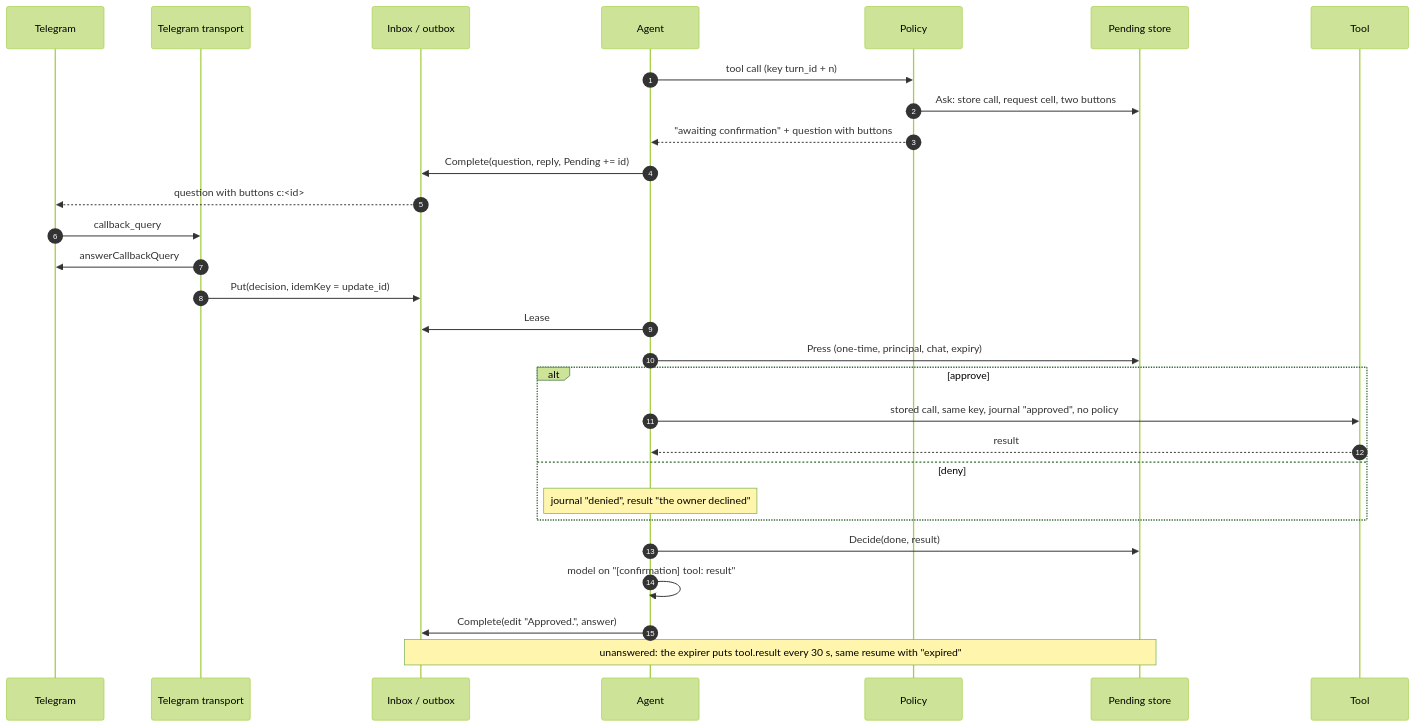
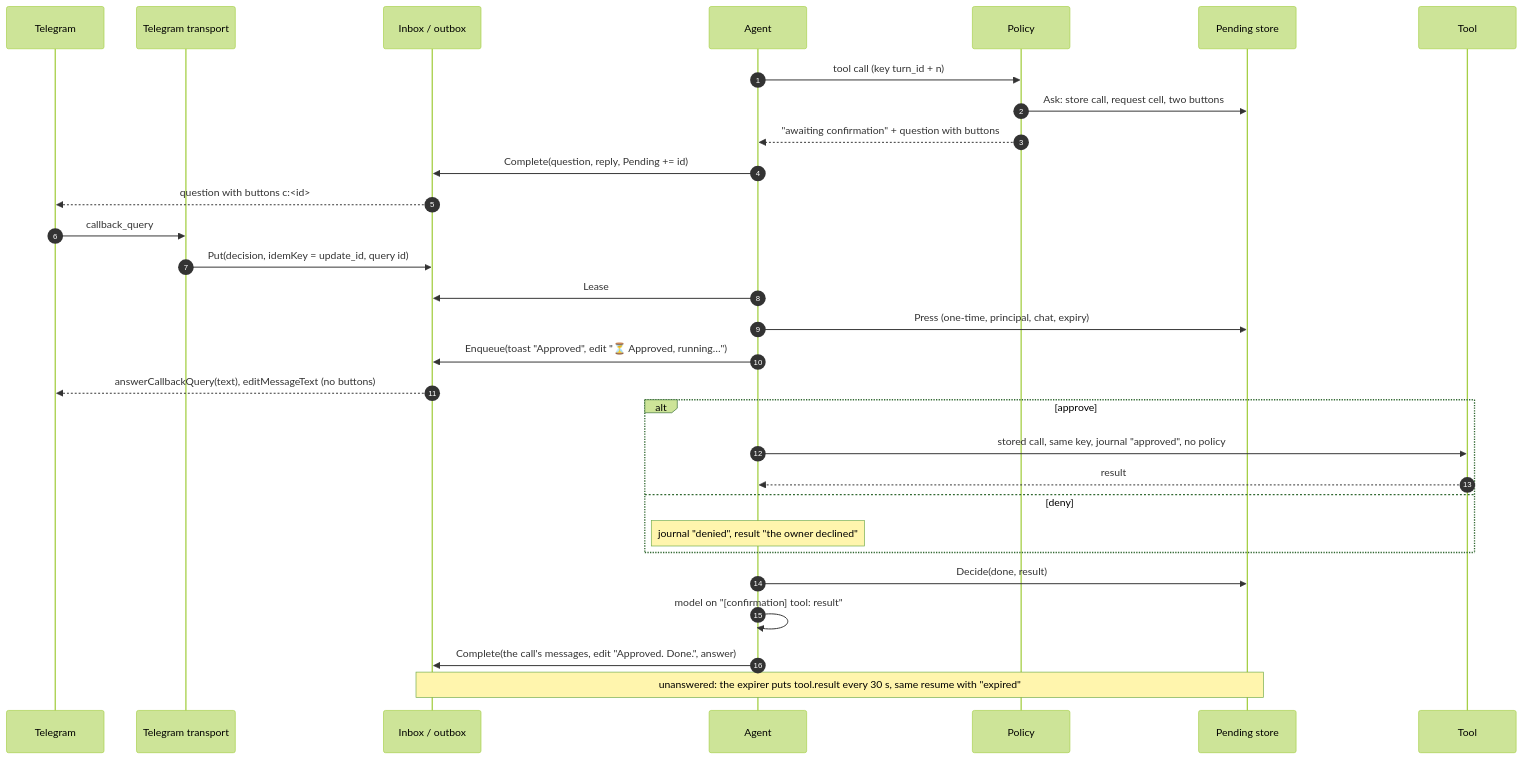
One commit to igorrius/ganglion changed the second of 6 diagrams in docs/architecture/04-runtime.md. Above: the diagram before and after it, drawn with Mermaid (forest theme). The commit also changed other lines of this file and 23 other files, not shown here.

````diff
--- a/docs/architecture/04-runtime.md
+++ b/docs/architecture/04-runtime.md
@@ -50,32 +53,33 @@
 ```mermaid
 sequenceDiagram
     autonumber
     participant TG as Telegram
     participant T as Telegram transport
     participant Q as Inbox / outbox
     participant A as Agent
     participant P as Policy
     participant D as Pending store
     participant X as Tool
 
     A->>P: tool call (key turn_id + n)
     P->>D: Ask: store call, request cell, two buttons
     P-->>A: "awaiting confirmation" + question with buttons
     A->>Q: Complete(question, reply, Pending += id)
     Q-->>TG: question with buttons c:<id>
     TG->>T: callback_query
-    T->>TG: answerCallbackQuery
-    T->>Q: Put(decision, idemKey = update_id)
+    T->>Q: Put(decision, idemKey = update_id, query id)
     A->>Q: Lease
     A->>D: Press (one-time, principal, chat, expiry)
+    A->>Q: Enqueue(toast "Approved", edit "⏳ Approved, running…")
+    Q-->>TG: answerCallbackQuery(text), editMessageText (no buttons)
     alt approve
         A->>X: stored call, same key, journal "approved", no policy
         X-->>A: result
     else deny
         Note over A: journal "denied", result "the owner declined"
     end
     A->>D: Decide(done, result)
     A->>A: model on "[confirmation] tool: result"
-    A->>Q: Complete(edit "Approved.", answer)
+    A->>Q: Complete(the call's messages, edit "Approved. Done.", answer)
     Note over D,Q: unanswered: the expirer puts tool.result every 30 s, same resume with "expired"
 ```
````
